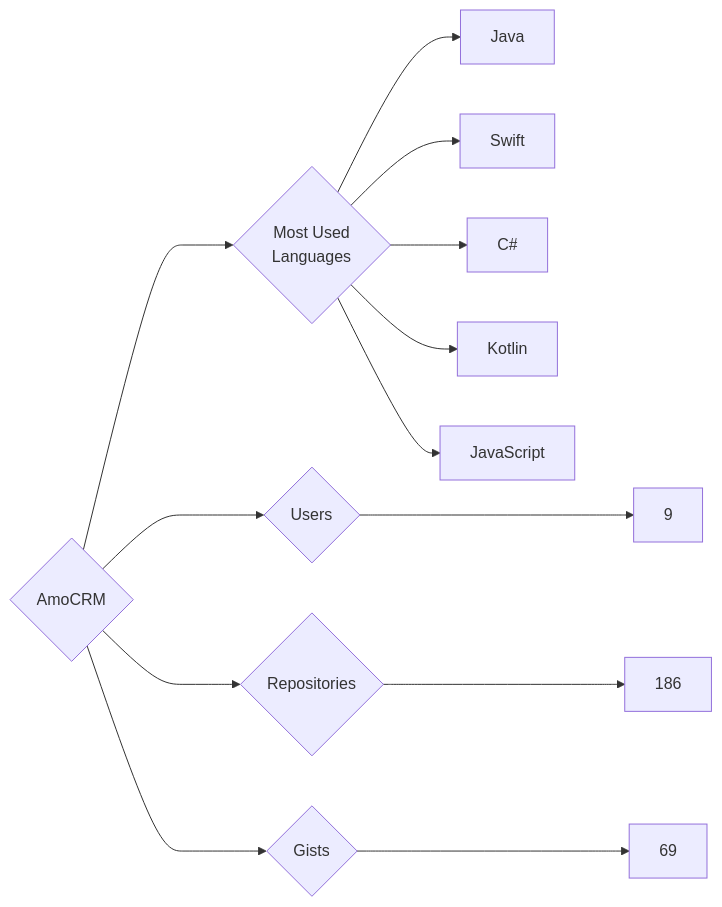
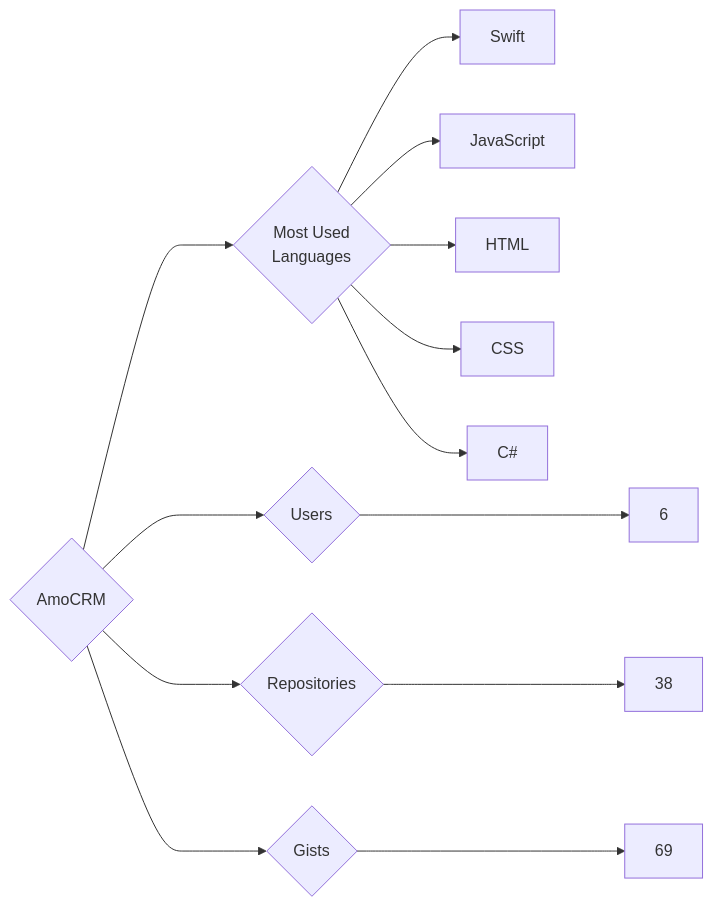
Before and after one commit to trickest/insiders: the diagram in targets/AmoCRM/README.md, drawn with Mermaid. The commit also changed 860 other files, not shown here.

````diff
--- a/targets/AmoCRM/README.md
+++ b/targets/AmoCRM/README.md
@@ -3,13 +3,13 @@
 ```mermaid
 graph LR
 COMPANY_NAME{AmoCRM}
-COMPANY_NAME ---> U{Users} ---> UN[9]
-COMPANY_NAME ---> R{Repositories} ---> RN[186]
+COMPANY_NAME ---> U{Users} ---> UN[6]
+COMPANY_NAME ---> R{Repositories} ---> RN[38]
 COMPANY_NAME ---> G{Gists} ---> GN[69]
 COMPANY_NAME ---> ML{Most Used<br>Languages}
-ML --> Java[Java]
 ML --> Swift[Swift]
+ML --> JavaScript[JavaScript]
+ML --> HTML[HTML]
+ML --> CSS[CSS]
 ML --> C#[C#]
-ML --> Kotlin[Kotlin]
-ML --> JavaScript[JavaScript]
 ```
````
